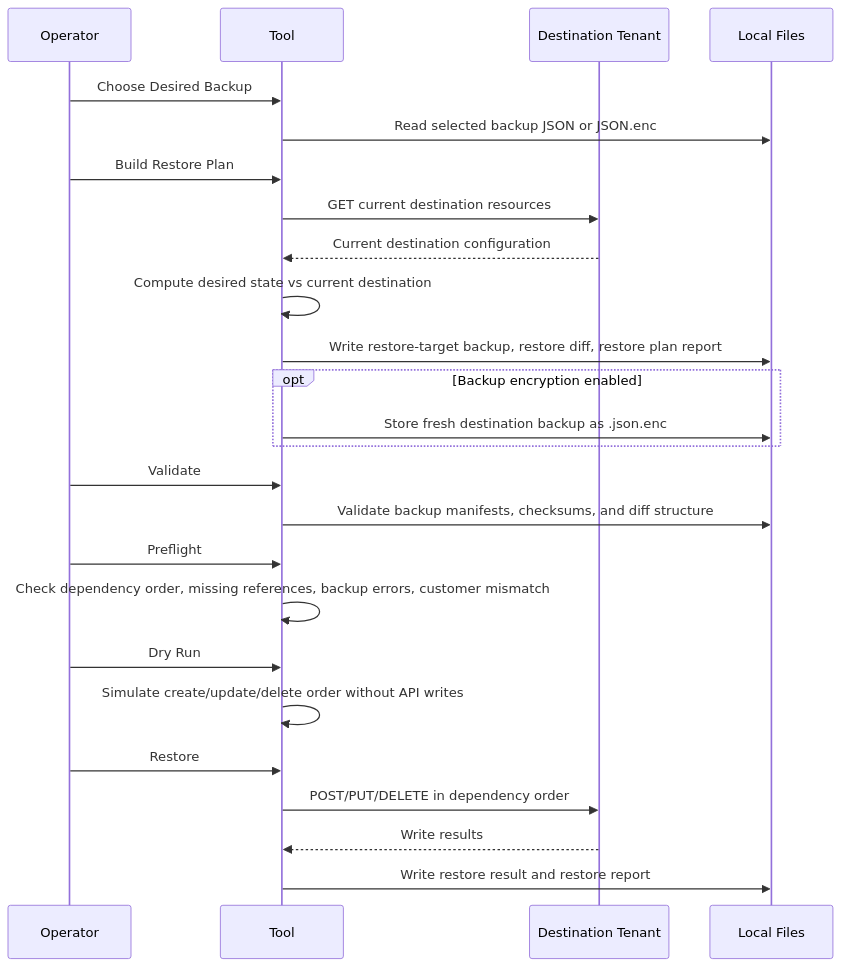
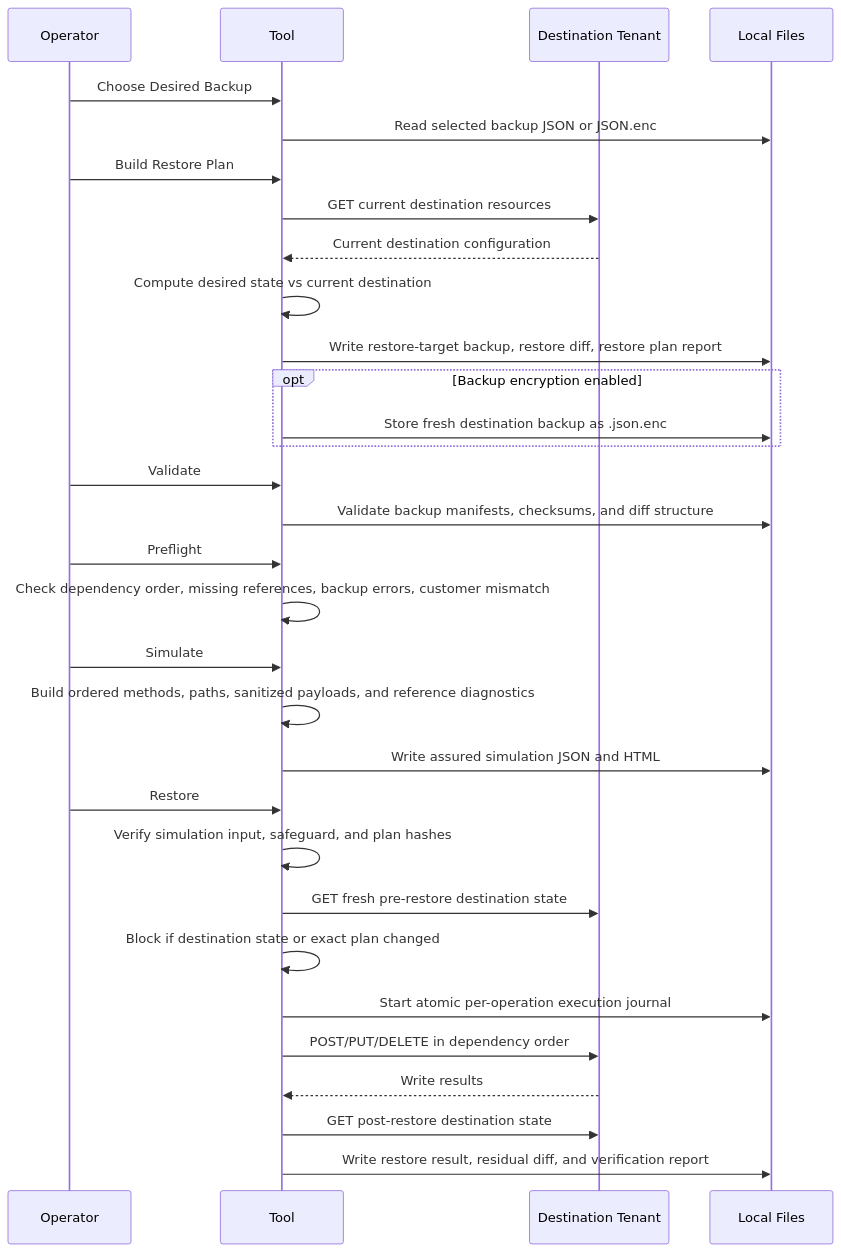
Before and after one commit to EggertsIT/ZPA-BackupNrestore: the sixth of 13 diagrams in docs/PROCESS.md, drawn with Mermaid. The commit also changed other lines of this file and 246 other files, not shown here.

First line of the commit message:
Build professional ZPA backup and restore v2

````diff
--- a/docs/PROCESS.md
+++ b/docs/PROCESS.md
@@ -148,28 +169,34 @@
 ```mermaid
 sequenceDiagram
     participant Operator
     participant Tool
     participant Dest as Destination Tenant
     participant Files as Local Files
 
     Operator->>Tool: Choose Desired Backup
     Tool->>Files: Read selected backup JSON or JSON.enc
     Operator->>Tool: Build Restore Plan
     Tool->>Dest: GET current destination resources
     Dest-->>Tool: Current destination configuration
     Tool->>Tool: Compute desired state vs current destination
     Tool->>Files: Write restore-target backup, restore diff, restore plan report
     opt Backup encryption enabled
         Tool->>Files: Store fresh destination backup as .json.enc
     end
     Operator->>Tool: Validate
     Tool->>Files: Validate backup manifests, checksums, and diff structure
     Operator->>Tool: Preflight
     Tool->>Tool: Check dependency order, missing references, backup errors, customer mismatch
-    Operator->>Tool: Dry Run
-    Tool->>Tool: Simulate create/update/delete order without API writes
+    Operator->>Tool: Simulate
+    Tool->>Tool: Build ordered methods, paths, sanitized payloads, and reference diagnostics
+    Tool->>Files: Write assured simulation JSON and HTML
     Operator->>Tool: Restore
+    Tool->>Tool: Verify simulation input, safeguard, and plan hashes
+    Tool->>Dest: GET fresh pre-restore destination state
+    Tool->>Tool: Block if destination state or exact plan changed
+    Tool->>Files: Start atomic per-operation execution journal
     Tool->>Dest: POST/PUT/DELETE in dependency order
     Dest-->>Tool: Write results
-    Tool->>Files: Write restore result and restore report
+    Tool->>Dest: GET post-restore destination state
+    Tool->>Files: Write restore result, residual diff, and verification report
 ```
````
